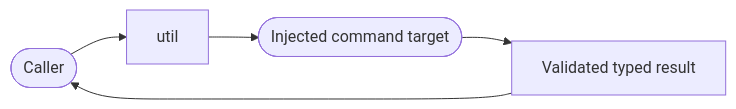
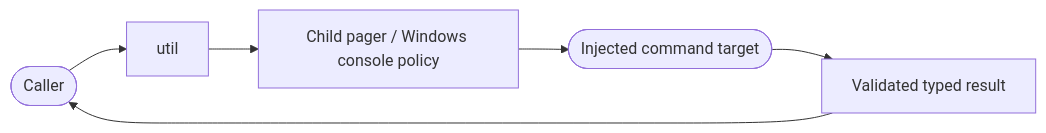
The diagram in .agentic/knowledge/util.md (DDP-Engineering/AgenticDeliveryOrchestratorRuntimeEngine), drawn with Mermaid before and after one commit. The commit also changed other lines of this file and 335 other files, not shown here.

````diff
--- a/.agentic/knowledge/util.md
+++ b/.agentic/knowledge/util.md
@@ -56,7 +58,8 @@
 ```mermaid
 flowchart LR
     Caller([Caller]) --> API[util]
-    API --> Runner([Injected command target])
+    API --> Policy[Child pager / Windows console policy]
+    Policy --> Runner([Injected command target])
     Runner --> Result[Validated typed result]
     Result --> Caller
 ```
````
